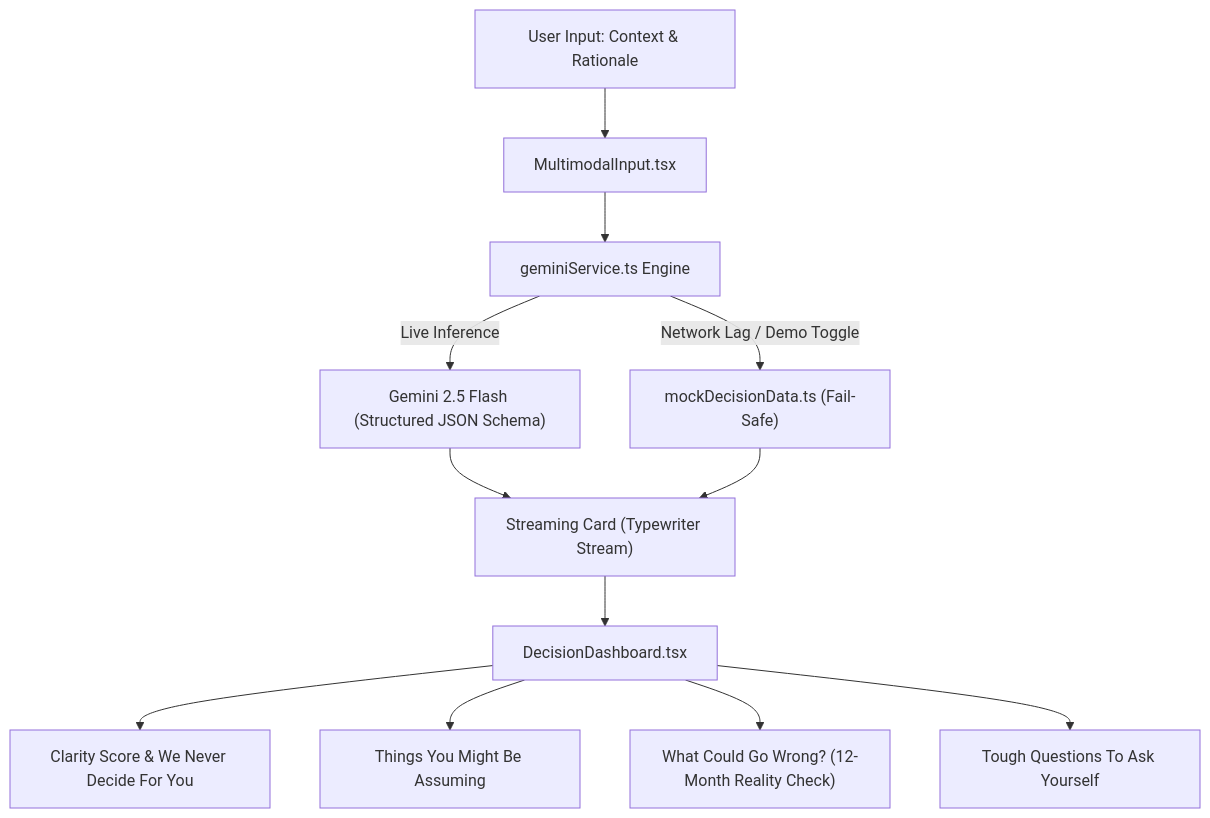
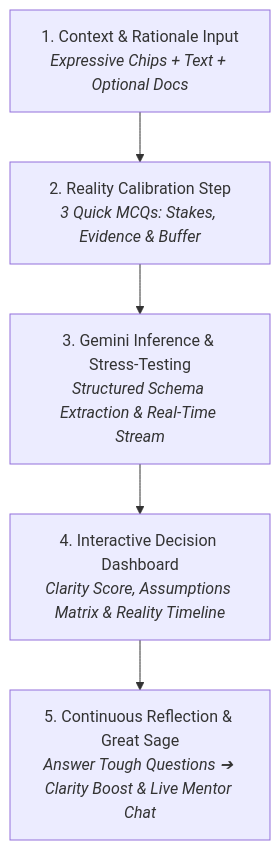
Before and after one commit to crunchyrolll1810-cyber/Adityashambharkar_Promptwars: the diagram in README.md, drawn with Mermaid. The commit also changed other lines of this file and 13 other files, not shown here.

Commit message:
feat: add interactive MCQ reality calibration step, comprehensive documentation, and Google Labs polish

````diff
--- a/README.md
+++ b/README.md
@@ -27,14 +52,7 @@
 ```mermaid
 graph TD
-    A["User Input: Context & Rationale"] --> B["MultimodalInput.tsx"]
-    B --> C["geminiService.ts Engine"]
-    C -->|Live Inference| D["Gemini 2.5 Flash (Structured JSON Schema)"]
-    C -->|Network Lag / Demo Toggle| E["mockDecisionData.ts (Fail-Safe)"]
-    D --> F["Streaming Card (Typewriter Stream)"]
-    E --> F
-    F --> G["DecisionDashboard.tsx"]
-    G --> H1["Clarity Score & We Never Decide For You"]
-    G --> H2["Things You Might Be Assuming"]
-    G --> H3["What Could Go Wrong? (12-Month Reality Check)"]
-    G --> H4["Tough Questions To Ask Yourself"]
+    A["1. Context & Rationale Input<br/><i>Expressive Chips + Text + Optional Docs</i>"] --> B["2. Reality Calibration Step<br/><i>3 Quick MCQs: Stakes, Evidence & Buffer</i>"]
+    B --> C["3. Gemini Inference & Stress-Testing<br/><i>Structured Schema Extraction & Real-Time Stream</i>"]
+    C --> D["4. Interactive Decision Dashboard<br/><i>Clarity Score, Assumptions Matrix & Reality Timeline</i>"]
+    D --> E["5. Continuous Reflection & Great Sage<br/><i>Answer Tough Questions ➔ Clarity Boost & Live Mentor Chat</i>"]
 ```
````
